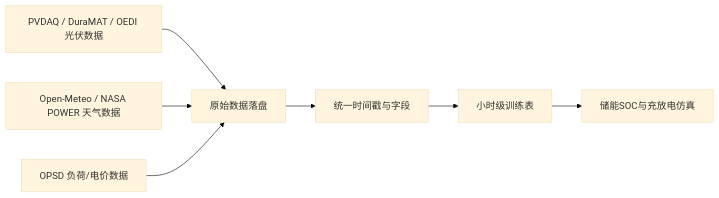
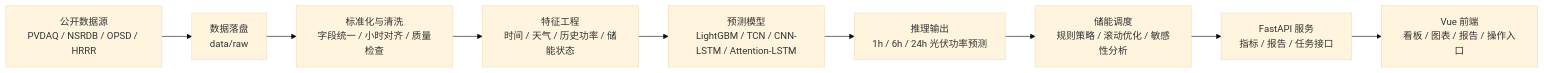
One commit to Kubr1c/New_Energy_Sys changed the diagram in README.md. Above: the diagram before and after it, drawn with Mermaid (base theme). The commit also changed other lines of this file, not shown here.

````diff
--- a/README.md
+++ b/README.md
@@ -71,9 +22,11 @@
 ```mermaid
 flowchart LR
-    A["PVDAQ / DuraMAT / OEDI 光伏数据"] --> B["原始数据落盘"]
-    C["Open-Meteo / NASA POWER 天气数据"] --> B
-    D["OPSD 负荷/电价数据"] --> B
-    B --> E["统一时间戳与字段"]
-    E --> F["小时级训练表"]
-    F --> G["储能SOC与充放电仿真"]
+    A["公开数据源<br/>PVDAQ / NSRDB / OPSD / HRRR"] --> B["数据落盘<br/>data/raw"]
+    B --> C["标准化与清洗<br/>字段统一 / 小时对齐 / 质量检查"]
+    C --> D["特征工程<br/>时间 / 天气 / 历史功率 / 储能状态"]
+    D --> E["预测模型<br/>LightGBM / TCN / CNN-LSTM / Attention-LSTM"]
+    E --> F["推理输出<br/>1h / 6h / 24h 光伏功率预测"]
+    F --> G["储能调度<br/>规则策略 / 滚动优化 / 敏感性分析"]
+    G --> H["FastAPI 服务<br/>指标 / 报告 / 任务接口"]
+    H --> I["Vue 前端<br/>看板 / 图表 / 报告 / 操作入口"]
 ```
````
